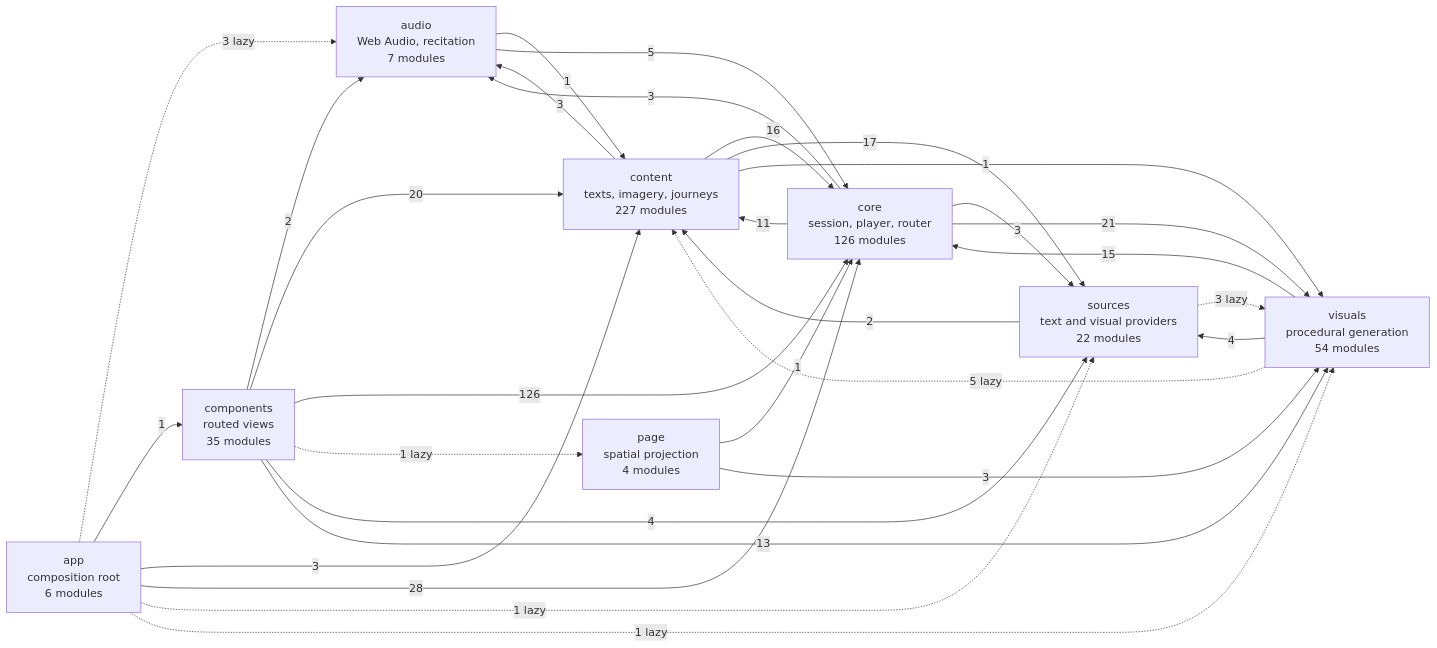
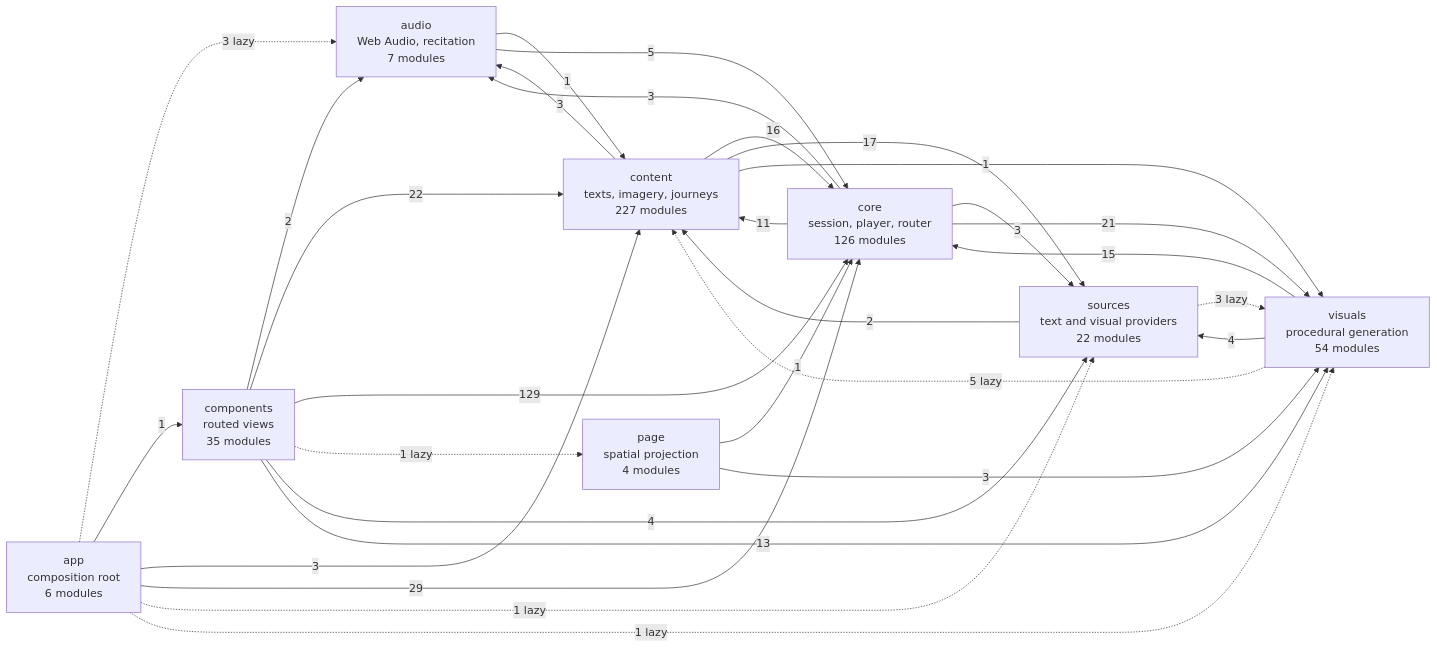
The diagram in docs/specs/ARCHITECTURE.md (SyberLabs/RISE), drawn with Mermaid before and after one commit. The commit also changed 39 other files, not shown here.

Commit message:
Add sequence pilot and Jev scene sample

````diff
--- a/docs/specs/ARCHITECTURE.md
+++ b/docs/specs/ARCHITECTURE.md
@@ -160,41 +160,41 @@
 ```mermaid
 flowchart LR
     app["app<br/>composition root<br/>6 modules"]
     audio["audio<br/>Web Audio, recitation<br/>7 modules"]
     components["components<br/>routed views<br/>35 modules"]
     content["content<br/>texts, imagery, journeys<br/>227 modules"]
     core["core<br/>session, player, router<br/>126 modules"]
     page["page<br/>spatial projection<br/>4 modules"]
     sources["sources<br/>text and visual providers<br/>22 modules"]
     visuals["visuals<br/>procedural generation<br/>54 modules"]
 
     app -.-> |3 lazy| audio
     app --> |1| components
     app --> |3| content
-    app --> |28| core
+    app --> |29| core
     app -.-> |1 lazy| sources
     app -.-> |1 lazy| visuals
     audio --> |1| content
     audio --> |5| core
     components --> |2| audio
-    components --> |20| content
-    components --> |126| core
+    components --> |22| content
+    components --> |129| core
     components -.-> |1 lazy| page
     components --> |4| sources
     components --> |13| visuals
     content --> |3| audio
     content --> |16| core
     content --> |17| sources
     content --> |1| visuals
     core --> |3| audio
     core --> |11| content
     core --> |3| sources
     core --> |21| visuals
     page --> |1| core
     page --> |3| visuals
     sources --> |2| content
     sources -.-> |3 lazy| visuals
     visuals -.-> |5 lazy| content
     visuals --> |15| core
     visuals --> |4| sources
 ```
````
